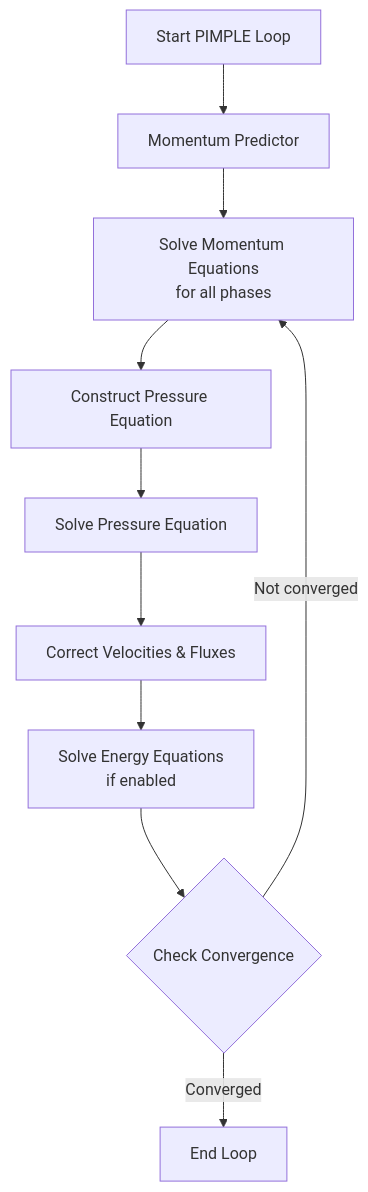
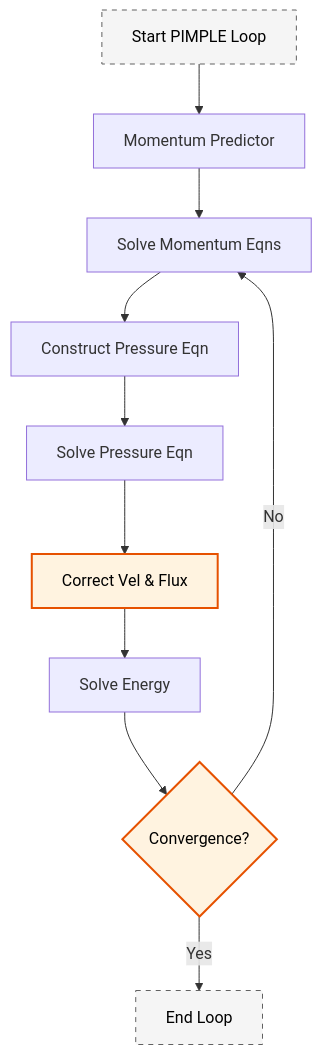
The first of 2 diagrams in MODULE_04_MULTIPHASE_FUNDAMENTALS/CONTENT/09_IMPLEMENTATION_ARCHITECTURE/02_Code_Architecture.md (wramet/build-my-cfd), drawn with Mermaid before and after one commit. The commit also changed other lines of this file and 313 other files, not shown here.

Commit message:
Revise all diagram

````diff
--- a/MODULE_04_MULTIPHASE_FUNDAMENTALS/CONTENT/09_IMPLEMENTATION_ARCHITECTURE/02_Code_Architecture.md
+++ b/MODULE_04_MULTIPHASE_FUNDAMENTALS/CONTENT/09_IMPLEMENTATION_ARCHITECTURE/02_Code_Architecture.md
@@ -381,12 +381,15 @@
 ```mermaid
 flowchart TD
-    A[Start PIMPLE Loop] --> B[Momentum Predictor]
-    B --> C[Solve Momentum Equations<br/>for all phases]
-    C --> D[Construct Pressure Equation]
-    D --> E[Solve Pressure Equation]
-    E --> F[Correct Velocities & Fluxes]
-    F --> G[Solve Energy Equations<br/>if enabled]
-    G --> H{Check Convergence}
-    H -->|Not converged| C
-    H -->|Converged| I[End Loop]
+classDef implicit fill:#e1f5fe,stroke:#01579b,stroke-width:2px,color:#000
+classDef explicit fill:#fff3e0,stroke:#e65100,stroke-width:2px,color:#000
+classDef context fill:#f5f5f5,stroke:#616161,stroke-width:1px,color:#000,stroke-dasharray: 5 5
+A[Start PIMPLE Loop]:::context --> B[Momentum Predictor]
+B --> C[Solve Momentum Eqns]
+C --> D[Construct Pressure Eqn]
+D --> E[Solve Pressure Eqn]
+E --> F[Correct Vel & Flux]:::explicit
+F --> G[Solve Energy]
+G --> H{Convergence?}:::explicit
+H -->|No| C
+H -->|Yes| I[End Loop]:::context
 ```
````
